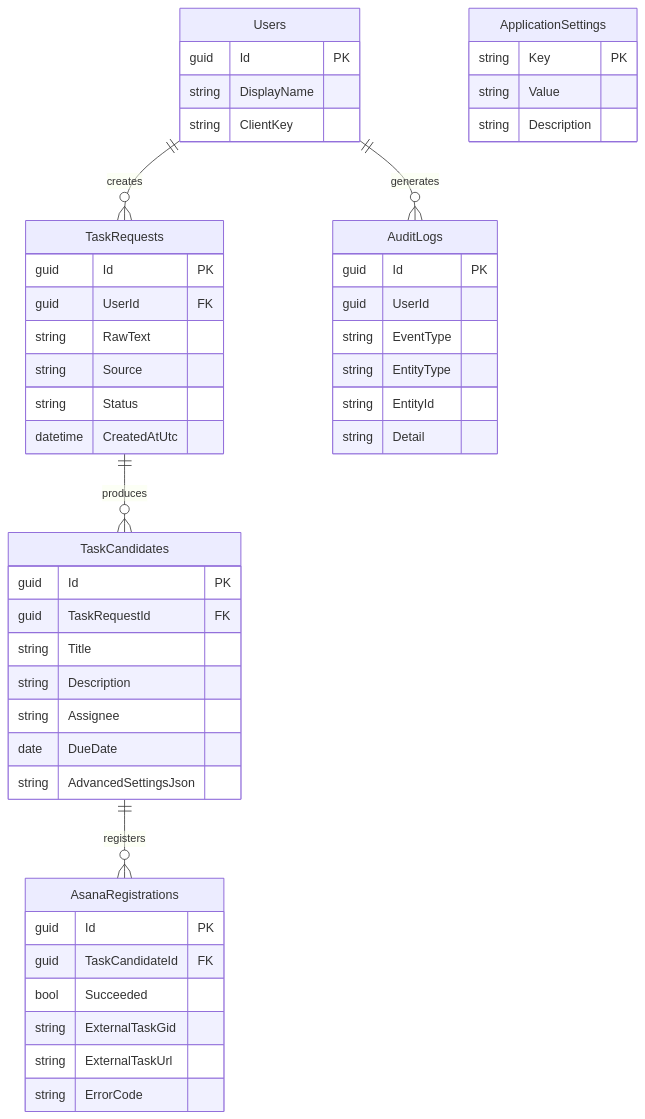
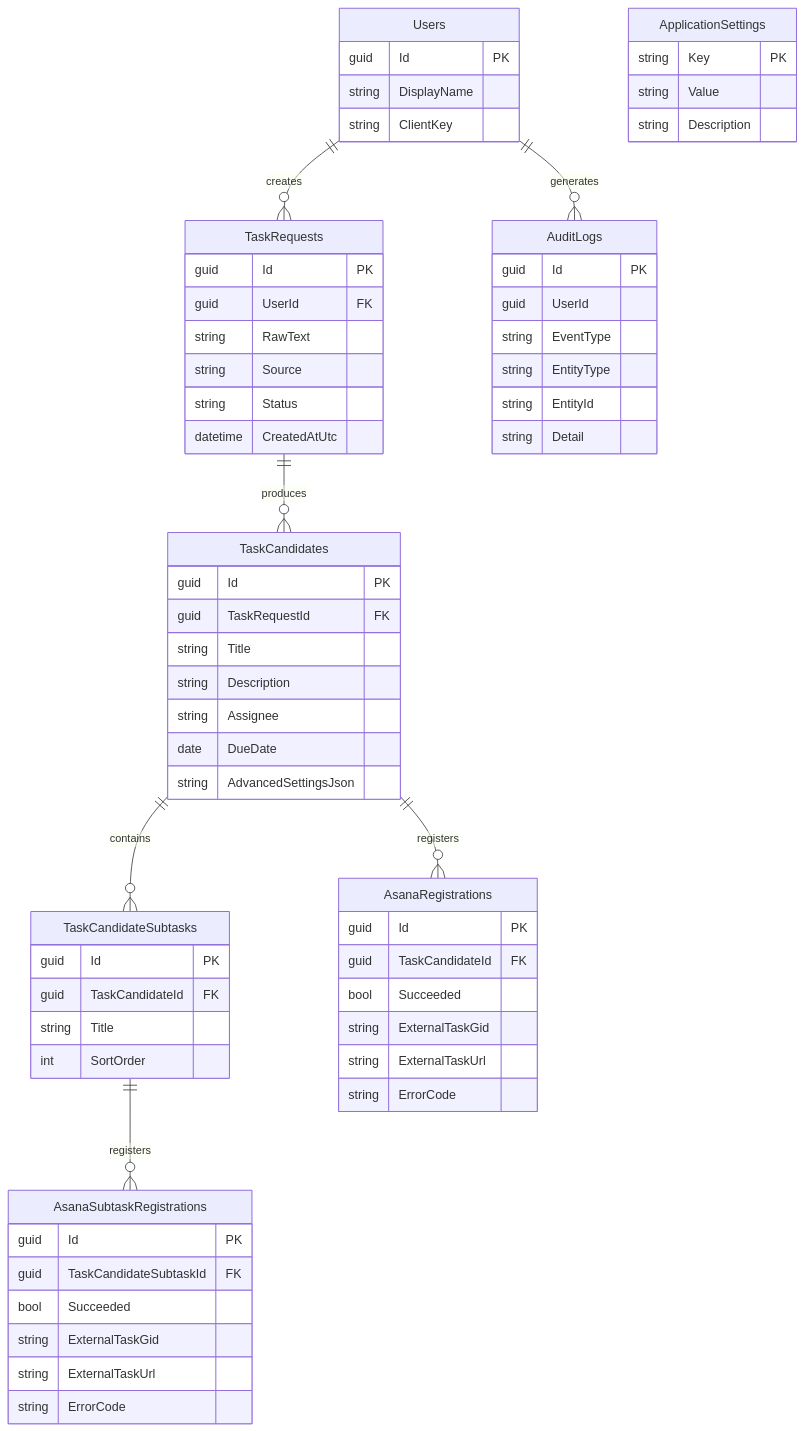
Before and after one commit to onishichimaki/Asana_App: the second of 2 diagrams in ARCHITECTURE.md, drawn with Mermaid. The commit also changed other lines of this file and 25 other files, not shown here.

Commit message:
Add AI-generated Asana subtasks

````diff
--- a/ARCHITECTURE.md
+++ b/ARCHITECTURE.md
@@ -50,14 +50,18 @@
 ```mermaid
 erDiagram
     Users ||--o{ TaskRequests : creates
     TaskRequests ||--o{ TaskCandidates : produces
+    TaskCandidates ||--o{ TaskCandidateSubtasks : contains
     TaskCandidates ||--o{ AsanaRegistrations : registers
+    TaskCandidateSubtasks ||--o{ AsanaSubtaskRegistrations : registers
     Users ||--o{ AuditLogs : generates
 
     Users { guid Id PK string DisplayName string ClientKey }
     TaskRequests { guid Id PK guid UserId FK string RawText string Source string Status datetime CreatedAtUtc }
     TaskCandidates { guid Id PK guid TaskRequestId FK string Title string Description string Assignee date DueDate string AdvancedSettingsJson }
+    TaskCandidateSubtasks { guid Id PK guid TaskCandidateId FK string Title int SortOrder }
     AsanaRegistrations { guid Id PK guid TaskCandidateId FK bool Succeeded string ExternalTaskGid string ExternalTaskUrl string ErrorCode }
+    AsanaSubtaskRegistrations { guid Id PK guid TaskCandidateSubtaskId FK bool Succeeded string ExternalTaskGid string ExternalTaskUrl string ErrorCode }
     ApplicationSettings { string Key PK string Value string Description }
     AuditLogs { guid Id PK guid UserId string EventType string EntityType string EntityId string Detail }
 ```
````
